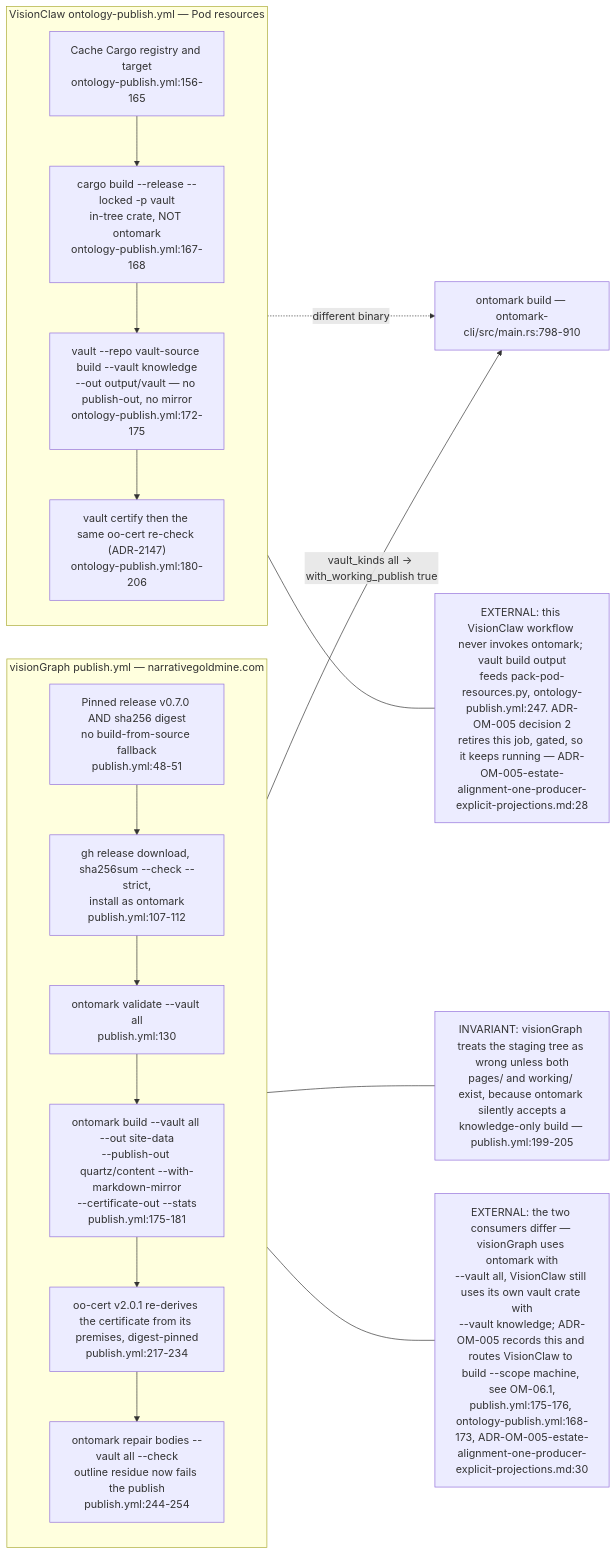
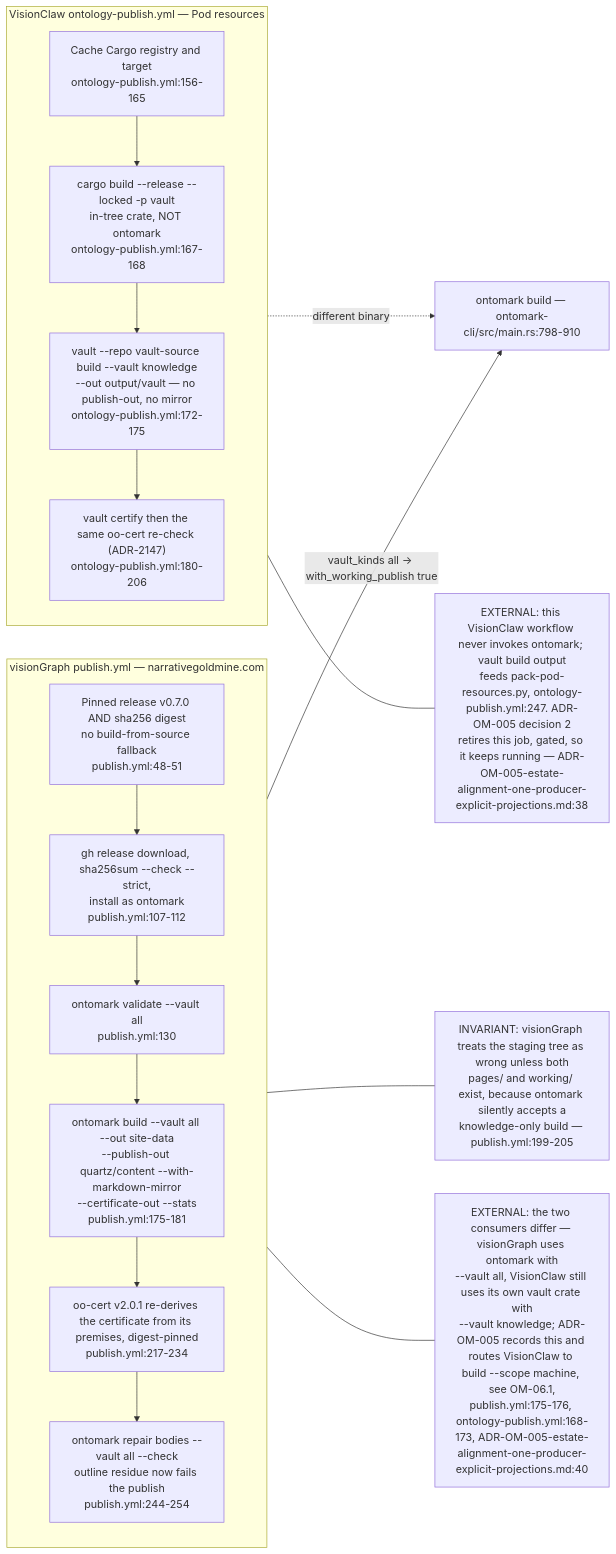
Before and after one commit to DreamLab-AI/VisionFlow: the fifth of 6 diagrams in docs/diagrams/ontomark/05-cli-commands-vault-selector-and-exit-codes.md, drawn with Mermaid. The commit also changed other lines of this file and 1 other file, not shown here.

First line of the commit message:
docs(diagrams): OM-00, OM-05 — ADR-OM-005 reconciliation and repair; re-stamp ontomark at 6c3f693

````diff
--- a/docs/diagrams/ontomark/05-cli-commands-vault-selector-and-exit-codes.md
+++ b/docs/diagrams/ontomark/05-cli-commands-vault-selector-and-exit-codes.md
@@ -203,30 +203,30 @@
 ```mermaid
 flowchart LR
     subgraph VG["visionGraph publish.yml — narrativegoldmine.com"]
         direction TB
         VGPIN["Pinned release v0.7.0 AND sha256 digest<br/>no build-from-source fallback<br/>publish.yml:48-51"]
         VGFETCH["gh release download, sha256sum --check --strict,<br/>install as ontomark<br/>publish.yml:107-112"]
         VGVAL["ontomark validate --vault all<br/>publish.yml:130"]
         VGBUILD["ontomark build --vault all --out site-data<br/>--publish-out quartz/content --with-markdown-mirror<br/>--certificate-out --stats<br/>publish.yml:175-181"]
         VGCERT["oo-cert v2.0.1 re-derives the certificate from its premises, digest-pinned<br/>publish.yml:217-234"]
         VGREP["ontomark repair bodies --vault all --check<br/>outline residue now fails the publish<br/>publish.yml:244-254"]
         VGPIN --> VGFETCH --> VGVAL --> VGBUILD --> VGCERT --> VGREP
     end
     subgraph VC["VisionClaw ontology-publish.yml — Pod resources"]
         direction TB
         VCCACHE["Cache Cargo registry and target<br/>ontology-publish.yml:156-165"]
         VCBUILD["cargo build --release --locked -p vault<br/>in-tree crate, NOT ontomark<br/>ontology-publish.yml:167-168"]
         VCRUN["vault --repo vault-source build --vault knowledge<br/>--out output/vault — no publish-out, no mirror<br/>ontology-publish.yml:172-175"]
         VCCERT["vault certify then the same oo-cert re-check (ADR-2147)<br/>ontology-publish.yml:180-206"]
         VCCACHE --> VCBUILD --> VCRUN --> VCCERT
     end
     BIN["ontomark build — ontomark-cli/src/main.rs:798-910"]
     VGBUILD -->|"vault_kinds all -> with_working_publish true"| BIN
     VCRUN -.->|"different binary"| BIN
-    n1["EXTERNAL: the two consumers differ — visionGraph uses ontomark with<br/>--vault all, VisionClaw still uses its own vault crate with<br/>--vault knowledge; ADR-OM-005 records this and routes VisionClaw to build --scope machine, see OM-06.1,<br/>publish.yml:175-176, ontology-publish.yml:168-173, ADR-OM-005-estate-alignment-one-producer-explicit-projections.md:30"]
-    n2["EXTERNAL: this VisionClaw workflow never invokes ontomark; vault build output<br/>feeds pack-pod-resources.py, ontology-publish.yml:247. ADR-OM-005 decision 2<br/>retires this job, gated, so it keeps running — ADR-OM-005-estate-alignment-one-producer-explicit-projections.md:28"]
+    n1["EXTERNAL: the two consumers differ — visionGraph uses ontomark with<br/>--vault all, VisionClaw still uses its own vault crate with<br/>--vault knowledge; ADR-OM-005 records this and routes VisionClaw to build --scope machine, see OM-06.1,<br/>publish.yml:175-176, ontology-publish.yml:168-173, ADR-OM-005-estate-alignment-one-producer-explicit-projections.md:40"]
+    n2["EXTERNAL: this VisionClaw workflow never invokes ontomark; vault build output<br/>feeds pack-pod-resources.py, ontology-publish.yml:247. ADR-OM-005 decision 2<br/>retires this job, gated, so it keeps running — ADR-OM-005-estate-alignment-one-producer-explicit-projections.md:38"]
     n3["INVARIANT: visionGraph treats the staging tree as wrong unless both<br/>pages/ and working/ exist, because ontomark silently accepts a<br/>knowledge-only build — publish.yml:199-205"]
     VG --- n1
     VC --- n2
     VGBUILD --- n3
 ```
````
